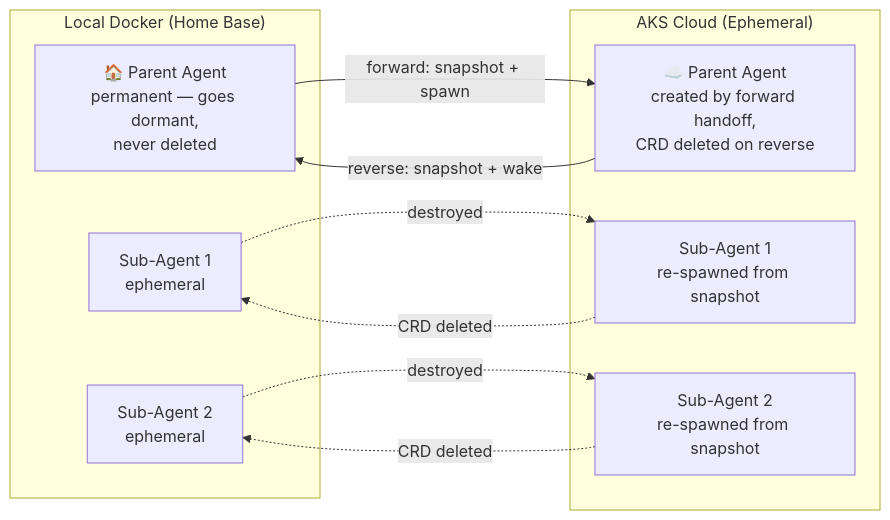
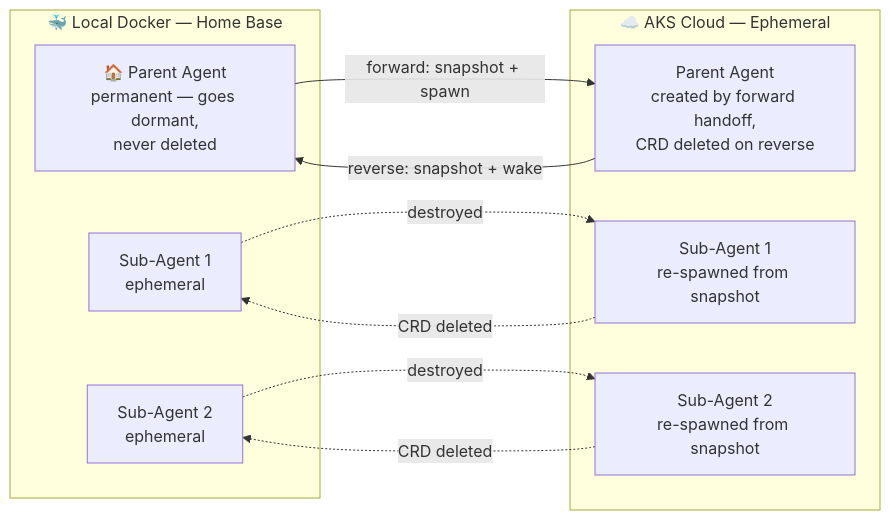
One commit to Azure/kars changed diagram 21 of 25 in docs/architecture-diagrams.md. Above: the diagram before and after it, drawn with Mermaid. The commit also changed other lines of this file, not shown here.

Commit message:
docs: fix dark subgraph colors in handoff diagrams
Add %%{init: {'theme': 'default'}}%% to flowchart diagrams (12.1, 12.5)
to force light backgrounds on subgraphs. Mermaid's default dark purple
subgraph fills made text unreadable on GitHub dark mode.

````diff
--- a/docs/architecture-diagrams.md
+++ b/docs/architecture-diagrams.md
@@ -934,21 +934,22 @@
 ```mermaid
+%%{init: {'theme': 'default'}}%%
 graph LR
-    subgraph local["Local Docker (Home Base)"]
+    subgraph local["🐳 Local Docker — Home Base"]
         LP["🏠 Parent Agent<br/>permanent — goes dormant,<br/>never deleted"]
         LS1["Sub-Agent 1<br/>ephemeral"]
         LS2["Sub-Agent 2<br/>ephemeral"]
     end
 
-    subgraph cloud["AKS Cloud (Ephemeral)"]
-        CP["☁️ Parent Agent<br/>created by forward handoff,<br/>CRD deleted on reverse"]
+    subgraph cloud["☁️ AKS Cloud — Ephemeral"]
+        CP["Parent Agent<br/>created by forward handoff,<br/>CRD deleted on reverse"]
         CS1["Sub-Agent 1<br/>re-spawned from snapshot"]
         CS2["Sub-Agent 2<br/>re-spawned from snapshot"]
     end
 
     LP -->|"forward: snapshot + spawn"| CP
     LS1 -.->|"destroyed"| CS1
     LS2 -.->|"destroyed"| CS2
     CP -->|"reverse: snapshot + wake"| LP
     CS1 -.->|"CRD deleted"| LS1
     CS2 -.->|"CRD deleted"| LS2
 ```
````
